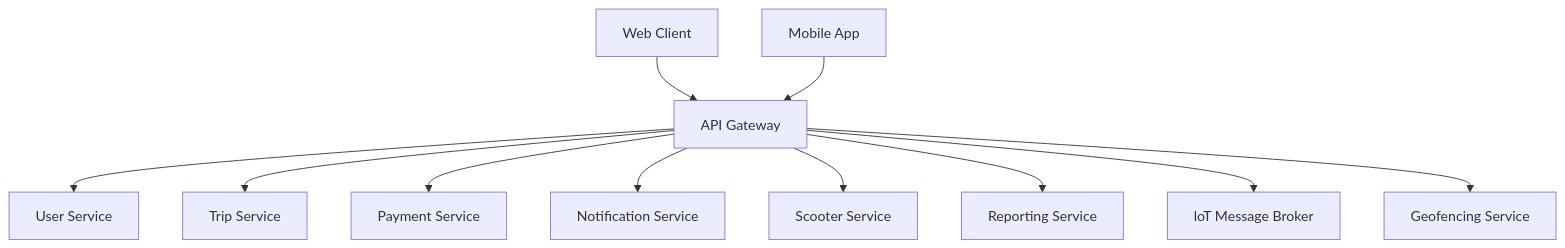
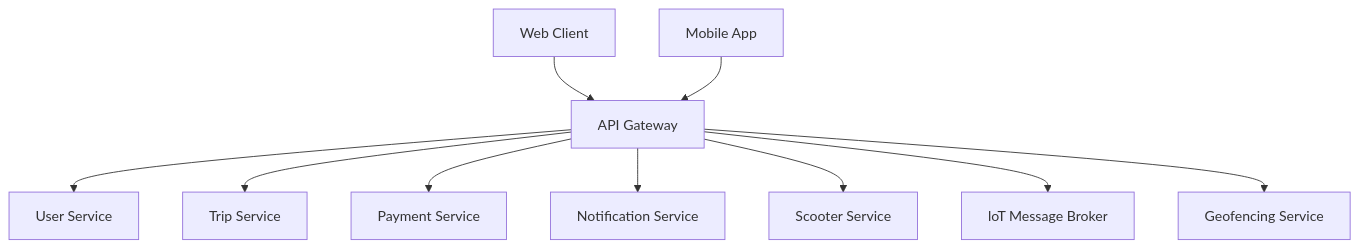
The diagram in arkhitekturnoe-kata-prakticheskoe-rukovodstv/shering-elektrosamokatov/arkhitekturnoe-kata-2.mermaid (sinitsina098-hash/new-catalog), drawn with Mermaid before and after one commit. The commit also changed 2 other files, not shown here.

```diff
--- a/arkhitekturnoe-kata-prakticheskoe-rukovodstv/shering-elektrosamokatov/arkhitekturnoe-kata-2.mermaid
+++ b/arkhitekturnoe-kata-prakticheskoe-rukovodstv/shering-elektrosamokatov/arkhitekturnoe-kata-2.mermaid
@@ -1,11 +1,10 @@
 graph TD
     WEB[Web Client] --> API[API Gateway]
     MOB[Mobile App] --> API
     API --> USER[User Service]
     API --> Trip[Trip Service]
     API --> PAYMENT[Payment Service]
     API --> NOTIFY[Notification Service]
-    API --> SCOOT[Scooter Service]
-    API --> REPORT[Reporting Service] 
+    API --> SCOOT[Scooter Service] 
     API --> loT[loT Message Broker]
     API --> GEO[Geofencing Service]
```
